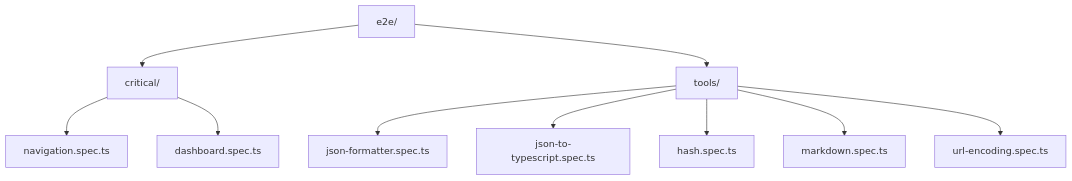
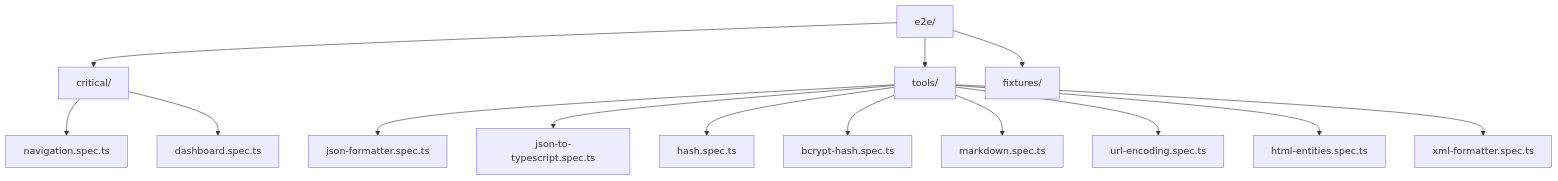
Before and after one commit to seijikohara/web-dev-tools-vue3: the diagram in e2e/README.md, drawn with Mermaid. The commit also changed other lines of this file, not shown here.

````diff
--- a/e2e/README.md
+++ b/e2e/README.md
@@ -31,12 +29,16 @@
 ```mermaid
 graph TD
     A[e2e/] --> B[critical/]
     A --> C[tools/]
-    B --> D[navigation.spec.ts]
-    B --> E[dashboard.spec.ts]
-    C --> F[json-formatter.spec.ts]
-    C --> G[json-to-typescript.spec.ts]
-    C --> H[hash.spec.ts]
-    C --> I[markdown.spec.ts]
-    C --> J[url-encoding.spec.ts]
+    A --> D[fixtures/]
+    B --> E[navigation.spec.ts]
+    B --> F[dashboard.spec.ts]
+    C --> G[json-formatter.spec.ts]
+    C --> H[json-to-typescript.spec.ts]
+    C --> I[hash.spec.ts]
+    C --> J[bcrypt-hash.spec.ts]
+    C --> K[markdown.spec.ts]
+    C --> L[url-encoding.spec.ts]
+    C --> M[html-entities.spec.ts]
+    C --> N[xml-formatter.spec.ts]
 ```
````
